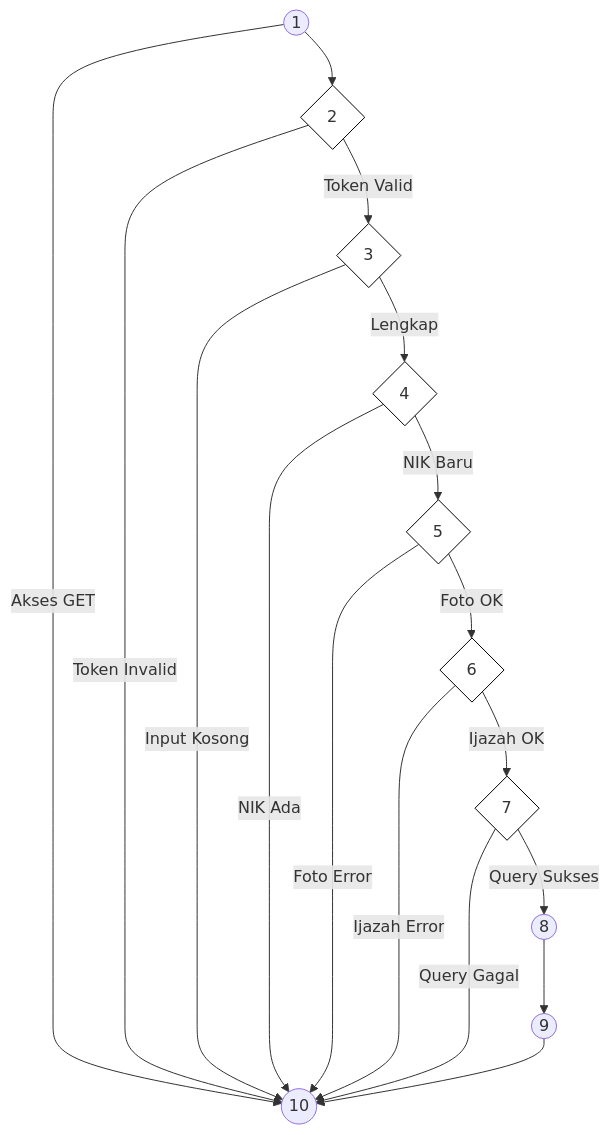
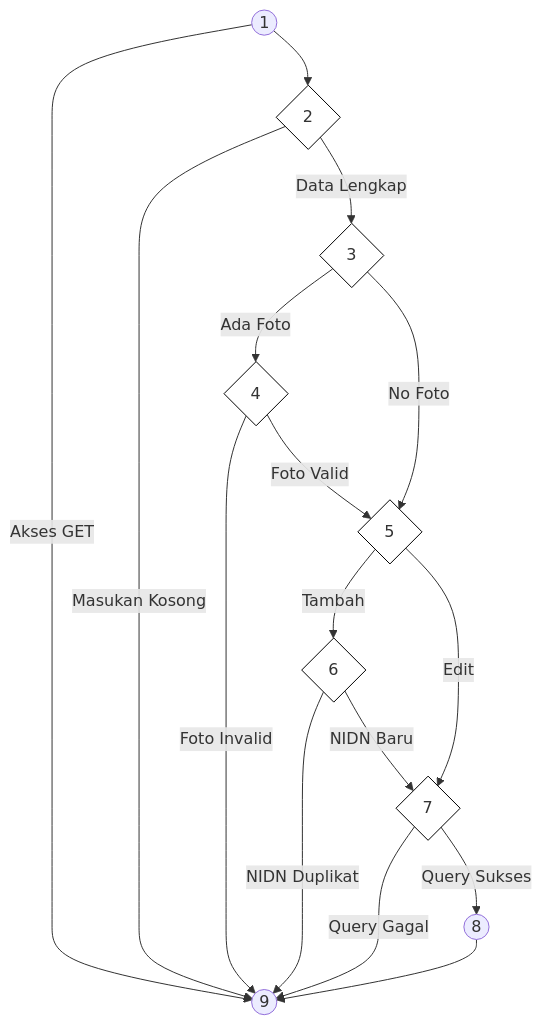
One commit to arbain-dev/Web_fikom changed the second of 2 diagrams in docs/07_PENGUJIAN_WHITE_BOX.md. Above: the diagram before and after it, drawn with Mermaid. The commit also changed other lines of this file, not shown here.

````diff
--- a/docs/07_PENGUJIAN_WHITE_BOX.md
+++ b/docs/07_PENGUJIAN_WHITE_BOX.md
@@ -54,26 +70,25 @@
 ```mermaid
 graph TD
     N1((1)) --> N2{2}
-    N1 -- "Akses GET" --> N10((10))
-    N2 -- "Token Invalid" --> N10
-    N2 -- "Token Valid" --> N3{3}
-    N3 -- "Input Kosong" --> N10
-    N3 -- "Lengkap" --> N4{4}
-    N4 -- "NIK Ada" --> N10
-    N4 -- "NIK Baru" --> N5{5}
-    N5 -- "Foto Error" --> N10
-    N5 -- "Foto OK" --> N6{6}
-    N6 -- "Ijazah Error" --> N10
-    N6 -- "Ijazah OK" --> N7{7}
-    N7 -- "Query Gagal" --> N10
+    N1 -- "Akses GET" --> N9((9))
+    N2 -- "Masukan Kosong" --> N9
+    N2 -- "Data Lengkap" --> N3{3}
+    N3 -- "Ada Foto" --> N4{4}
+    N4 -- "Foto Invalid" --> N9
+    N4 -- "Foto Valid" --> N5{5}
+    N3 -- "No Foto" --> N5
+    N5 -- "Tambah" --> N6{6}
+    N6 -- "NIDN Duplikat" --> N9
+    N6 -- "NIDN Baru" --> N7{7}
+    N5 -- "Edit" --> N7
+    N7 -- "Query Gagal" --> N9
     N7 -- "Query Sukses" --> N8((8))
-    N8 --> N9((9))
-    N9 --> N10
+    N8 --> N9
 
     style N2 fill:#fff,stroke:#000
     style N3 fill:#fff,stroke:#000
     style N4 fill:#fff,stroke:#000
     style N5 fill:#fff,stroke:#000
     style N6 fill:#fff,stroke:#000
     style N7 fill:#fff,stroke:#000
 ```
````
